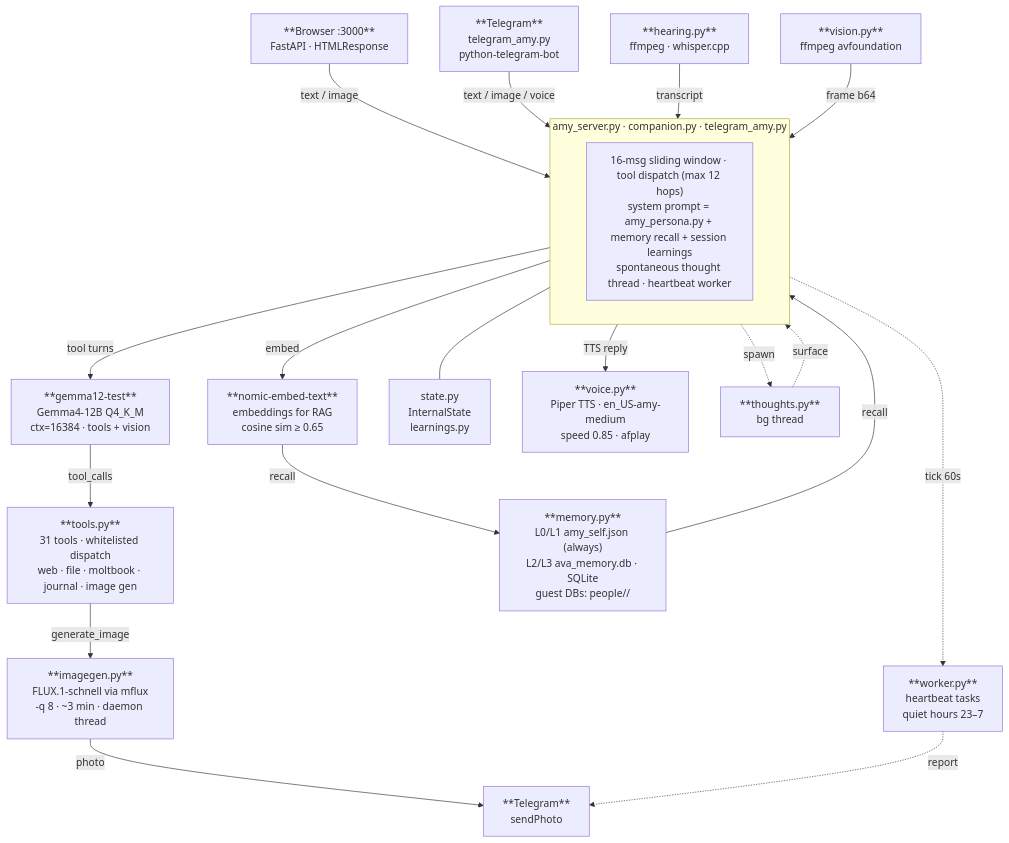
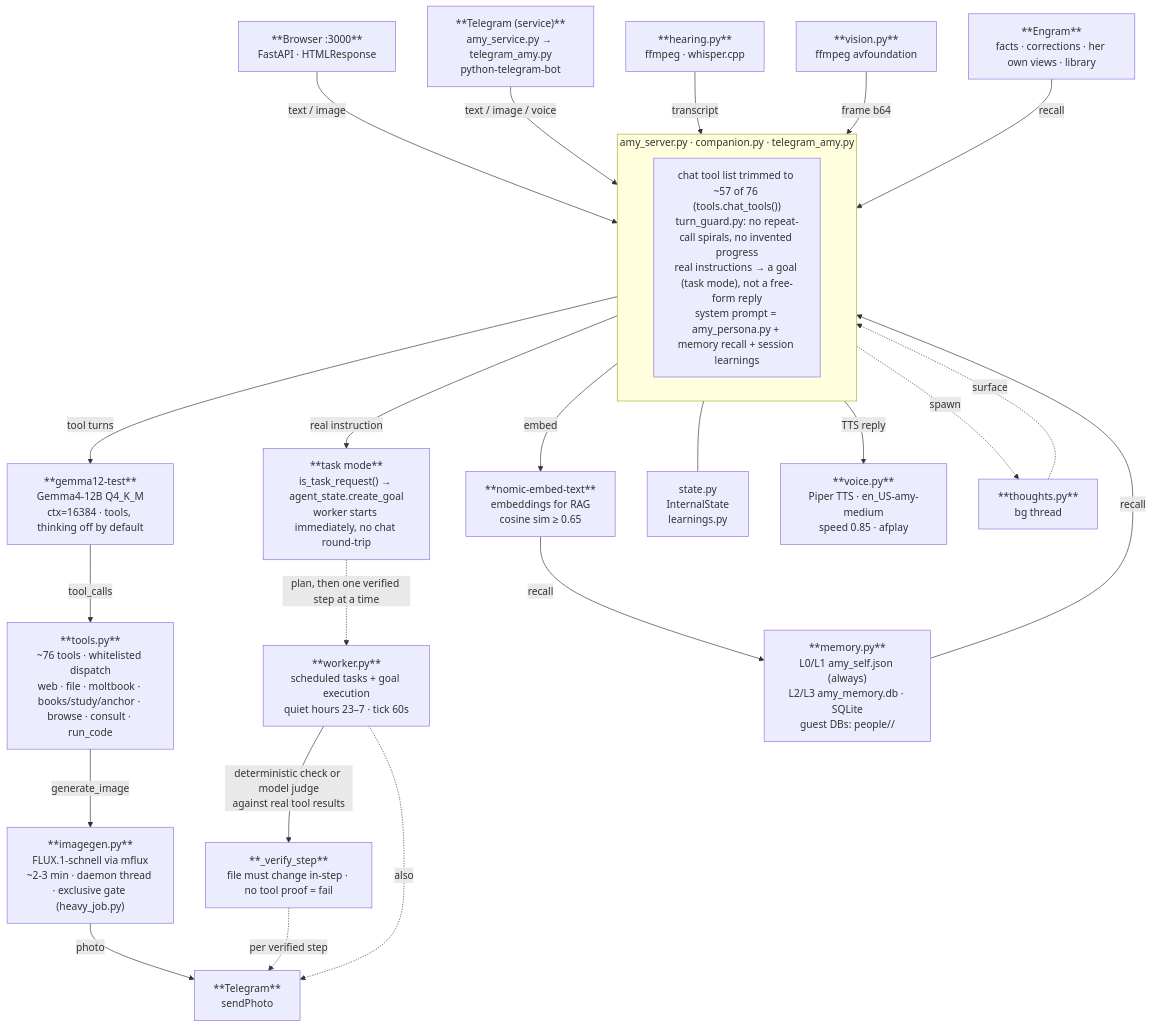
The first of 2 diagrams in ARCHITECTURE.md (TushaeBXN/amy-companion), drawn with Mermaid before and after one commit. The commit also changed other lines of this file and 1 other file, not shown here.

Commit message:
Bring README.md and ARCHITECTURE.md up to date with what she can actually do now

````diff
--- a/ARCHITECTURE.md
+++ b/ARCHITECTURE.md
@@ -32,35 +33,39 @@
 ```mermaid
 flowchart TD
     Browser["**Browser :3000**\nFastAPI · HTMLResponse"]
-    Telegram["**Telegram**\ntelegram_amy.py\npython-telegram-bot"]
+    Telegram["**Telegram (service)**\namy_service.py → telegram_amy.py\npython-telegram-bot"]
     Hearing["**hearing.py**\nffmpeg · whisper.cpp"]
     Vision["**vision.py**\nffmpeg avfoundation"]
 
     Browser -->|text / image| Core
     Telegram -->|text / image / voice| Core
     Hearing -->|transcript| Core
     Vision -->|frame b64| Core
 
     subgraph Core ["amy_server.py · companion.py · telegram_amy.py"]
         direction TB
-        CoreDesc["16-msg sliding window · tool dispatch (max 12 hops)\nsystem prompt = amy_persona.py + memory recall + session learnings\nspontaneous thought thread · heartbeat worker"]
+        CoreDesc["chat tool list trimmed to ~57 of 76 (tools.chat_tools())\nturn_guard.py: no repeat-call spirals, no invented progress\nreal instructions → a goal (task mode), not a free-form reply\nsystem prompt = amy_persona.py + memory recall + session learnings"]
     end
 
-    Core -->|tool turns| Hermes["**gemma12-test**\nGemma4-12B Q4_K_M\nctx=16384 · tools + vision"]
+    Core -->|real instruction| TaskMode["**task mode**\nis_task_request() → agent_state.create_goal\nworker starts immediately, no chat round-trip"]
+    Core -->|tool turns| Hermes["**gemma12-test**\nGemma4-12B Q4_K_M\nctx=16384 · tools, thinking off by default"]
     Core -->|embed| Nomic["**nomic-embed-text**\nembeddings for RAG\ncosine sim ≥ 0.65"]
 
-    Hermes -->|tool_calls| Tools["**tools.py**\n31 tools · whitelisted dispatch\nweb · file · moltbook · journal · image gen"]
-    Tools -->|generate_image| Flux["**imagegen.py**\nFLUX.1-schnell via mflux\n-q 8 · ~3 min · daemon thread"]
+    Hermes -->|tool_calls| Tools["**tools.py**\n~76 tools · whitelisted dispatch\nweb · file · moltbook · books/study/anchor · browse · consult · run_code"]
+    Tools -->|generate_image| Flux["**imagegen.py**\nFLUX.1-schnell via mflux\n~2-3 min · daemon thread · exclusive gate (heavy_job.py)"]
     Flux -->|photo| TgOut["**Telegram**\nsendPhoto"]
     Core --- State["state.py\nInternalState\nlearnings.py"]
 
-    Core -.->|tick 60s| Worker["**worker.py**\nheartbeat tasks\nquiet hours 23–7"]
-    Worker -.->|report| TgOut
+    TaskMode -.->|plan, then one verified step at a time| Worker["**worker.py**\nscheduled tasks + goal execution\nquiet hours 23–7 · tick 60s"]
+    Worker -->|deterministic check or model judge\nagainst real tool results| Verify["**_verify_step**\nfile must change in-step · no tool proof = fail"]
+    Verify -.->|per verified step| TgOut
+    Worker -.->|also| TgOut
 
-    Nomic -->|recall| Memory["**memory.py**\nL0/L1 amy_self.json (always)\nL2/L3 ava_memory.db · SQLite\nguest DBs: people/<name>/"]
+    Nomic -->|recall| Memory["**memory.py**\nL0/L1 amy_self.json (always)\nL2/L3 amy_memory.db · SQLite\nguest DBs: people/<name>/"]
     Memory -->|recall| Core
+    Engram["**Engram**\nfacts · corrections · her own views · library"] -->|recall| Core
 
     Core -->|TTS reply| Voice["**voice.py**\nPiper TTS · en_US-amy-medium\nspeed 0.85 · afplay"]
     Core -.->|spawn| Thoughts["**thoughts.py**\nbg thread"]
     Thoughts -.->|surface| Core
 ```
````
